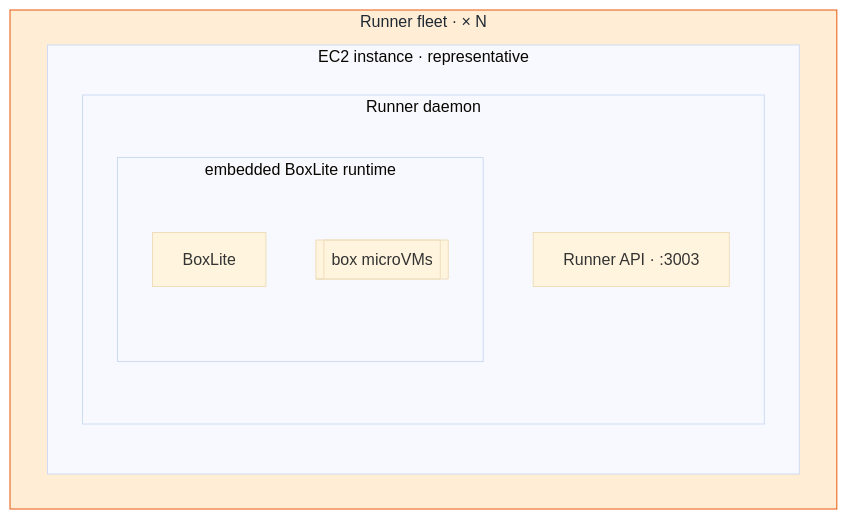
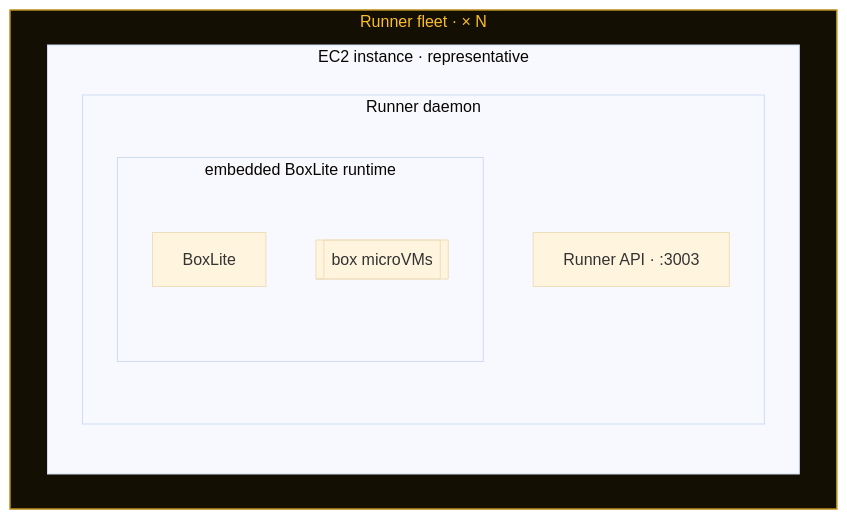
Before and after one commit to boxlite-ai/agent-tooling: the diagram in plugins/boxlite-agent-tooling/.agents/skills/boxlite-visualize/references/architecture-composition.md, drawn with Mermaid (base theme). The commit also changed other lines of this file and 26 other files, not shown here.

First line of the commit message:
feat(visualize): add house figure styles and a figure checker

````diff
--- a/plugins/boxlite-agent-tooling/.agents/skills/boxlite-visualize/references/architecture-composition.md
+++ b/plugins/boxlite-agent-tooling/.agents/skills/boxlite-visualize/references/architecture-composition.md
@@ -37,16 +37,16 @@
 ```mermaid
 flowchart TB
-classDef scope_execution fill:#ffedd5,stroke:#ea580c,color:#1f2933
+classDef scope_execution fill:#140f03,stroke:#bc8f1b,color:#fbbf24,stroke-width:1.5px
 subgraph runner_fleet["Runner fleet · × N"]
   subgraph ec2_runner["EC2 instance · representative"]
     subgraph runner_process["Runner daemon"]
       runner_api["Runner API · :3003"]
       subgraph embedded_boxlite["embedded BoxLite runtime"]
         boxlite_core["BoxLite"]
         boxes[["box microVMs"]]
       end
     end
   end
 end
 class runner_fleet scope_execution
 ```
````
